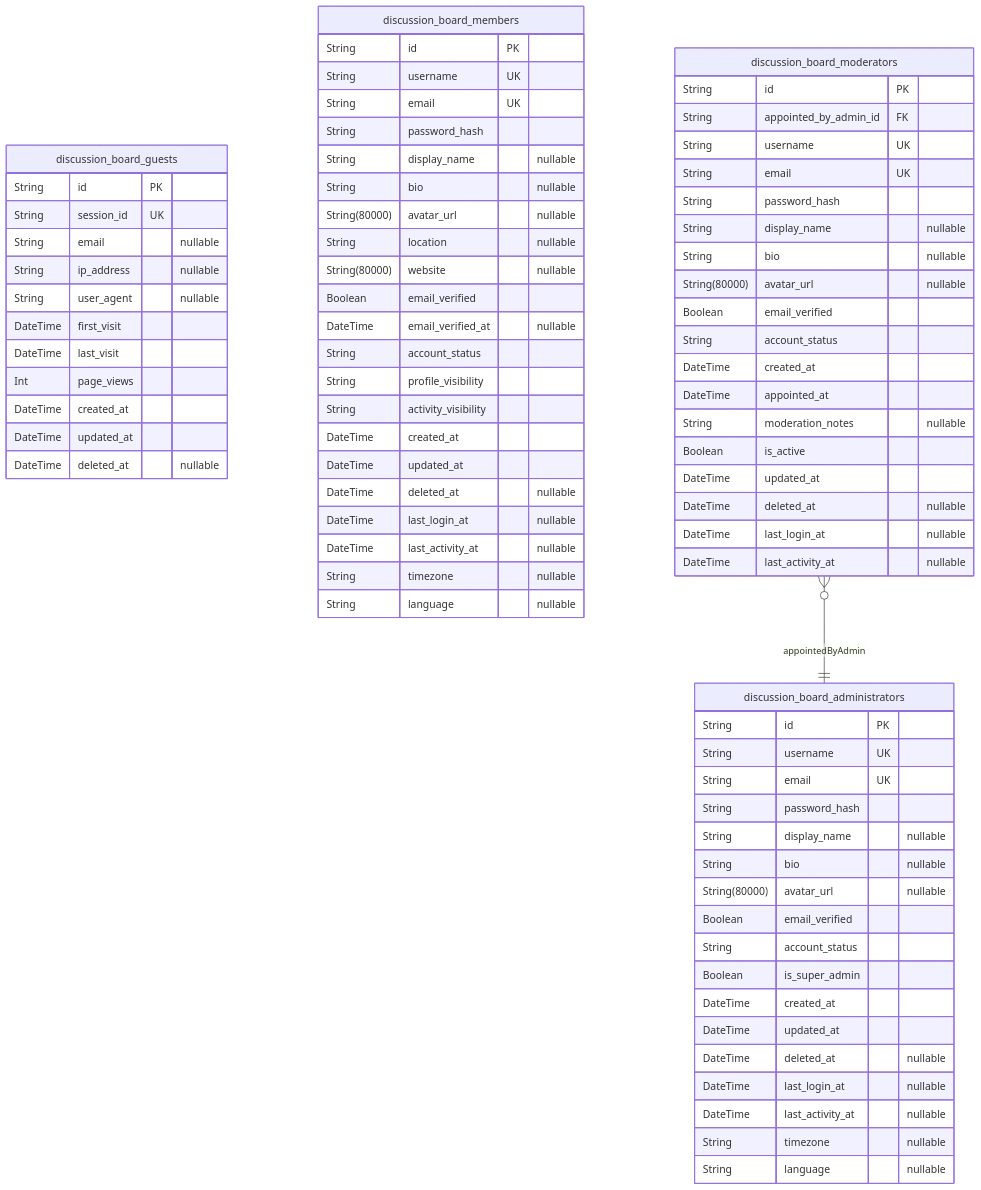
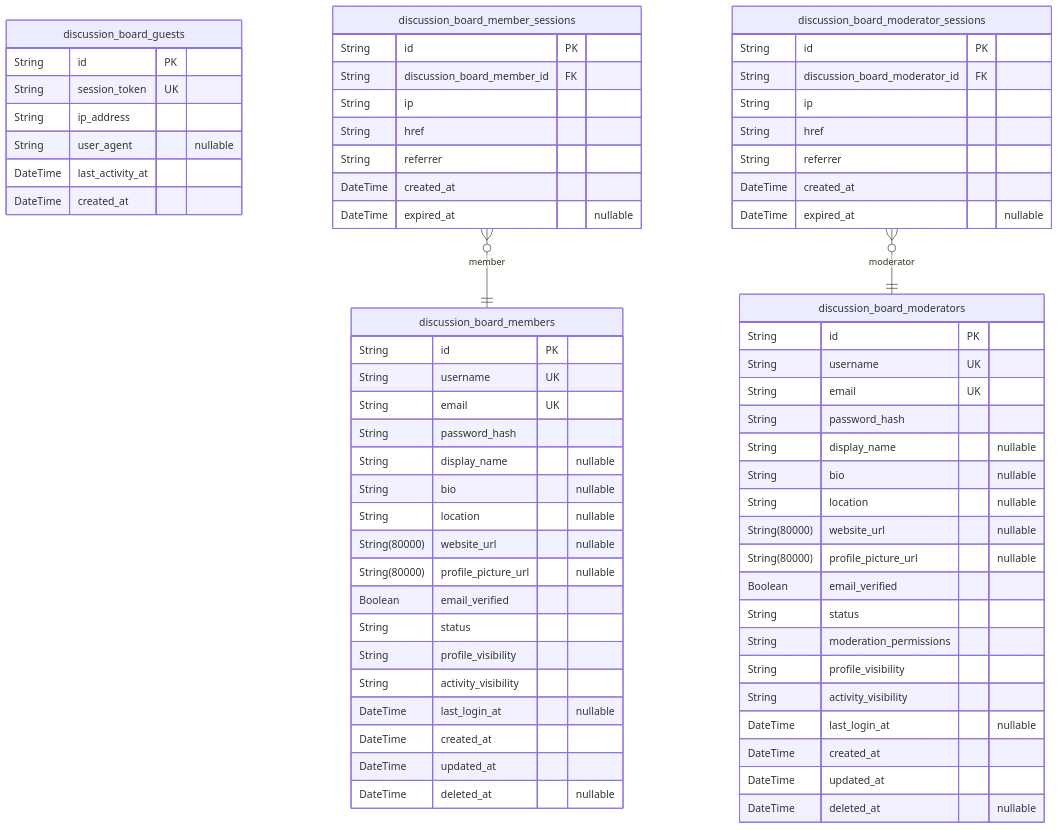
Before and after one commit to wrtnlabs/autobe-examples: the second of 6 diagrams in anthropic/claude-sonnet-4.5/bbs/docs/ERD.md, drawn with Mermaid. The commit also changed other lines of this file and 16146 other files, not shown here.

````diff
--- a/anthropic/claude-sonnet-4.5/bbs/docs/ERD.md
+++ b/anthropic/claude-sonnet-4.5/bbs/docs/ERD.md
@@ -99,79 +89,70 @@
 ```mermaid
 erDiagram
 "discussion_board_guests" {
   String id PK
-  String session_id UK
-  String email "nullable"
-  String ip_address "nullable"
+  String session_token UK
+  String ip_address
   String user_agent "nullable"
-  DateTime first_visit
-  DateTime last_visit
-  Int page_views
+  DateTime last_activity_at
   DateTime created_at
-  DateTime updated_at
-  DateTime deleted_at "nullable"
 }
 "discussion_board_members" {
   String id PK
   String username UK
   String email UK
   String password_hash
   String display_name "nullable"
   String bio "nullable"
-  String(80000) avatar_url "nullable"
   String location "nullable"
-  String(80000) website "nullable"
+  String(80000) website_url "nullable"
+  String(80000) profile_picture_url "nullable"
   Boolean email_verified
-  DateTime email_verified_at "nullable"
-  String account_status
+  String status
   String profile_visibility
   String activity_visibility
+  DateTime last_login_at "nullable"
   DateTime created_at
   DateTime updated_at
   DateTime deleted_at "nullable"
-  DateTime last_login_at "nullable"
-  DateTime last_activity_at "nullable"
-  String timezone "nullable"
-  String language "nullable"
+}
+"discussion_board_member_sessions" {
+  String id PK
+  String discussion_board_member_id FK
+  String ip
+  String href
+  String referrer
+  DateTime created_at
+  DateTime expired_at "nullable"
 }
 "discussion_board_moderators" {
-  String id PK
-  String appointed_by_admin_id FK
-  String username UK
-  String email UK
-  String password_hash
-  String display_name "nullable"
-  String bio "nullable"
-  String(80000) avatar_url "nullable"
-  Boolean email_verified
-  String account_status
-  DateTime created_at
-  DateTime appointed_at
-  String moderation_notes "nullable"
-  Boolean is_active
-  DateTime updated_at
-  DateTime deleted_at "nullable"
-  DateTime last_login_at "nullable"
-  DateTime last_activity_at "nullable"
-}
-"discussion_board_administrators" {
   String id PK
   String username UK
   String email UK
   String password_hash
   String display_name "nullable"
   String bio "nullable"
-  String(80000) avatar_url "nullable"
+  String location "nullable"
+  String(80000) website_url "nullable"
+  String(80000) profile_picture_url "nullable"
   Boolean email_verified
-  String account_status
-  Boolean is_super_admin
+  String status
+  String moderation_permissions
+  String profile_visibility
+  String activity_visibility
+  DateTime last_login_at "nullable"
   DateTime created_at
   DateTime updated_at
   DateTime deleted_at "nullable"
-  DateTime last_login_at "nullable"
-  DateTime last_activity_at "nullable"
-  String timezone "nullable"
-  String language "nullable"
 }
-"discussion_board_moderators" }o--|| "discussion_board_administrators" : appointedByAdmin
+"discussion_board_moderator_sessions" {
+  String id PK
+  String discussion_board_moderator_id FK
+  String ip
+  String href
+  String referrer
+  DateTime created_at
+  DateTime expired_at "nullable"
+}
+"discussion_board_member_sessions" }o--|| "discussion_board_members" : member
+"discussion_board_moderator_sessions" }o--|| "discussion_board_moderators" : moderator
 ```
````
